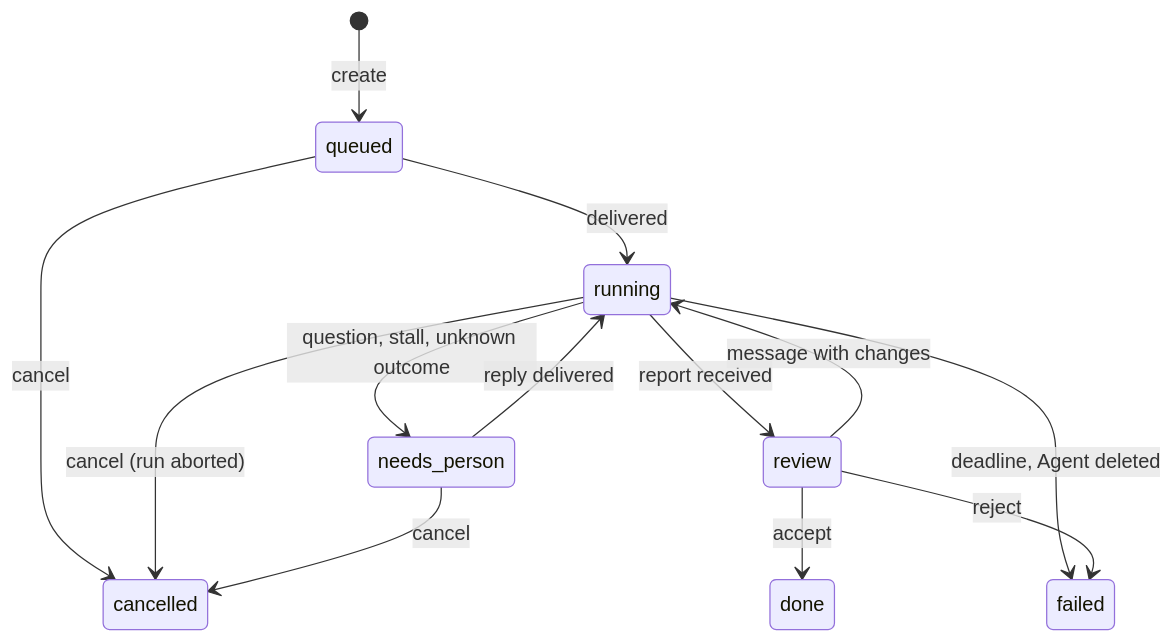
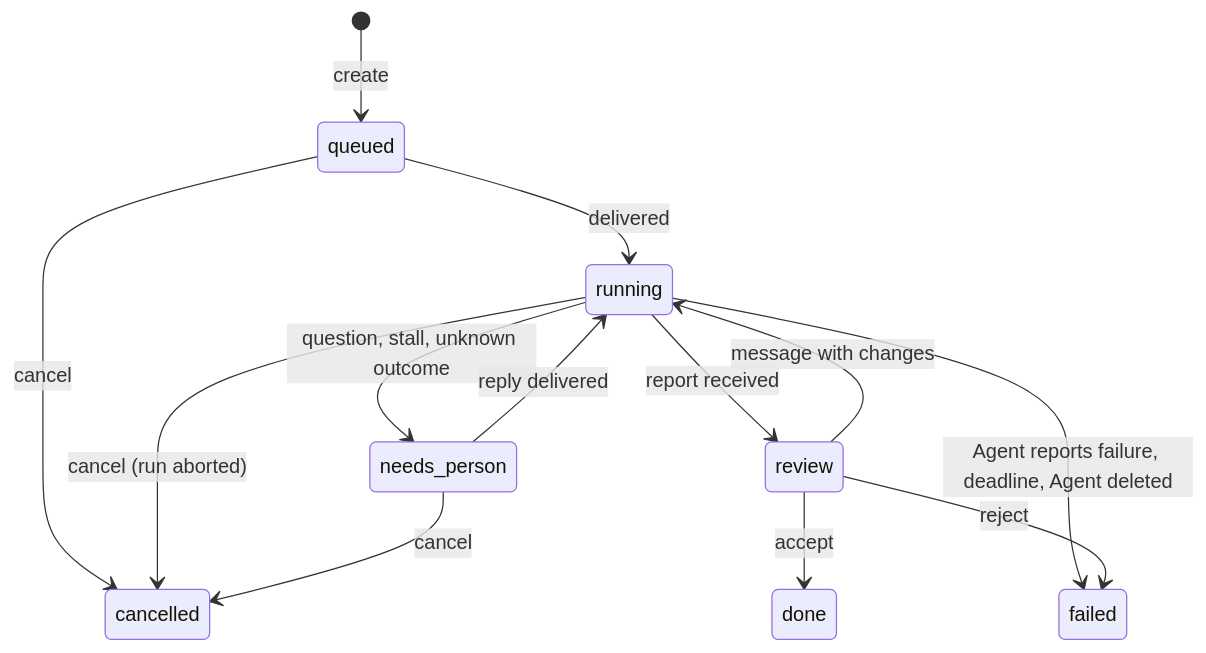
One commit to openclaw/openclaw-enterprise changed the first of 2 diagrams in specs/rfcs/0024-agent-tasks/index.md. Above: the diagram before and after it, drawn with Mermaid. The commit also changed other lines of this file and 4 other files, not shown here.

````diff
--- a/specs/rfcs/0024-agent-tasks/index.md
+++ b/specs/rfcs/0024-agent-tasks/index.md
@@ -114,15 +115,15 @@
 ```mermaid
 stateDiagram-v2
   [*] --> queued: create
   queued --> running: delivered
   running --> needs_person: question, stall, unknown outcome
   needs_person --> running: reply delivered
   running --> review: report received
   review --> done: accept
   review --> running: message with changes
   queued --> cancelled: cancel
   running --> cancelled: cancel (run aborted)
   needs_person --> cancelled: cancel
-  running --> failed: deadline, Agent deleted
+  running --> failed: Agent reports failure, deadline, Agent deleted
   review --> failed: reject
 ```
````
